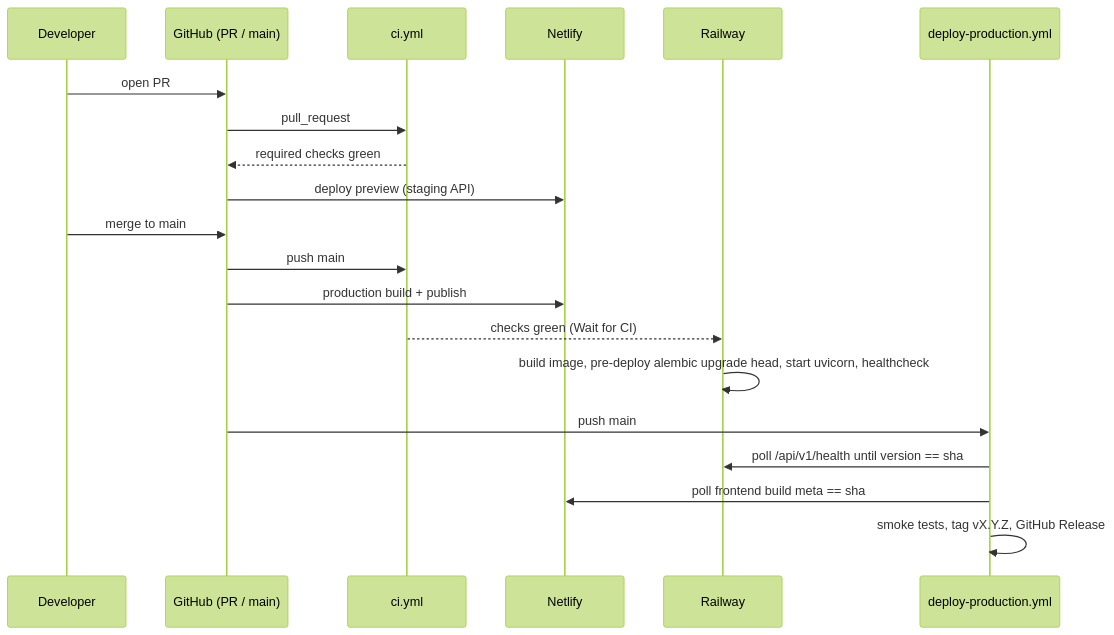
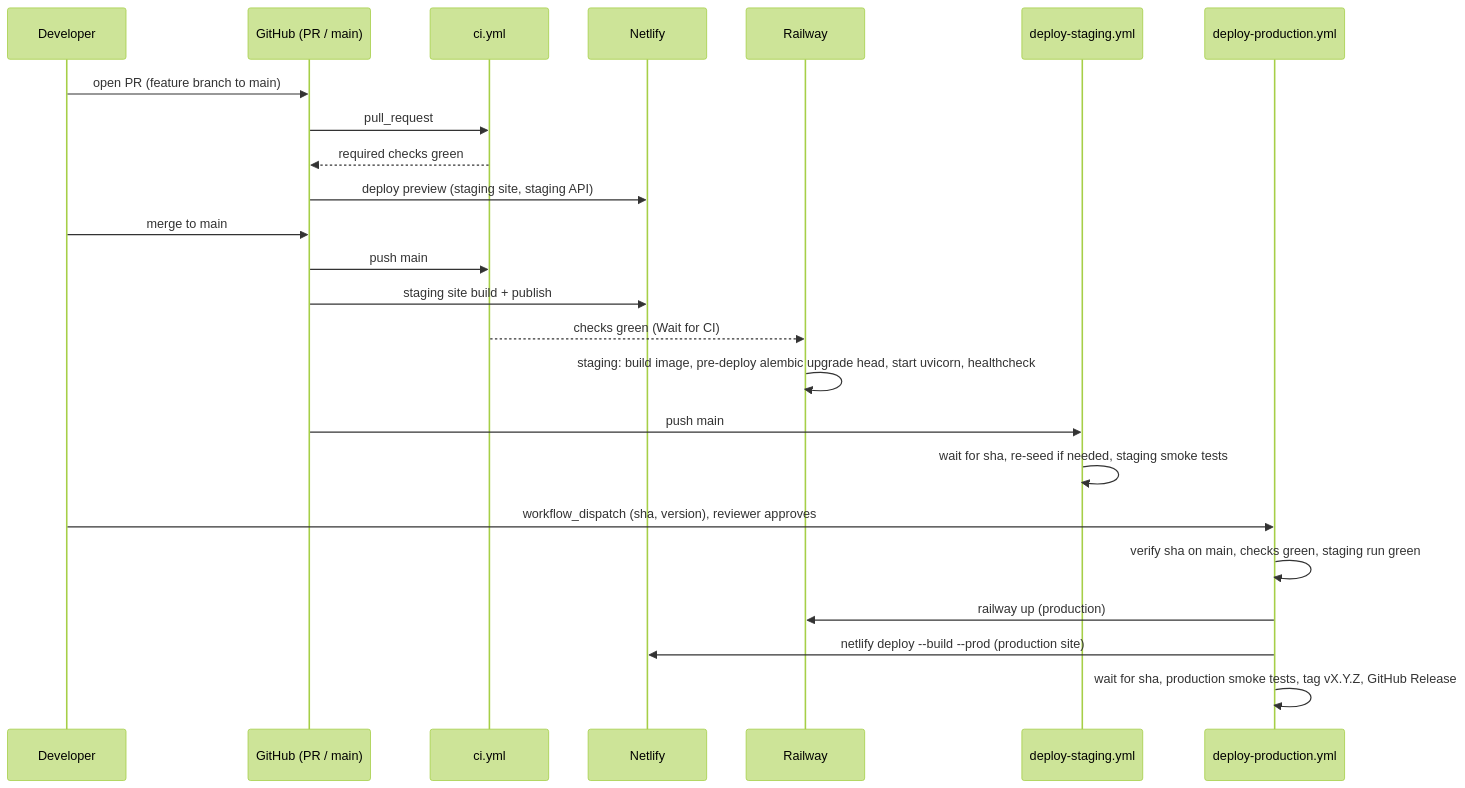
One commit to EchoWellApp/echowell changed the diagram in specs/TRD/16_CI_CD_Pipeline_Spec.md. Above: the diagram before and after it, drawn with Mermaid (forest theme). The commit also changed other lines of this file and 53 other files, not shown here.

````diff
--- a/specs/TRD/16_CI_CD_Pipeline_Spec.md
+++ b/specs/TRD/16_CI_CD_Pipeline_Spec.md
@@ -69,22 +77,26 @@
 ```mermaid
 sequenceDiagram
   participant Dev as Developer
   participant GH as GitHub (PR / main)
   participant CI as ci.yml
   participant NF as Netlify
   participant RW as Railway
+  participant DS as deploy-staging.yml
   participant DV as deploy-production.yml
-  Dev->>GH: open PR
+  Dev->>GH: open PR (feature branch to main)
   GH->>CI: pull_request
   CI-->>GH: required checks green
-  GH->>NF: deploy preview (staging API)
+  GH->>NF: deploy preview (staging site, staging API)
   Dev->>GH: merge to main
   GH->>CI: push main
-  GH->>NF: production build + publish
+  GH->>NF: staging site build + publish
   CI-->>RW: checks green (Wait for CI)
-  RW->>RW: build image, pre-deploy alembic upgrade head, start uvicorn, healthcheck
-  GH->>DV: push main
-  DV->>RW: poll /api/v1/health until version == sha
-  DV->>NF: poll frontend build meta == sha
-  DV->>DV: smoke tests, tag vX.Y.Z, GitHub Release
+  RW->>RW: staging: build image, pre-deploy alembic upgrade head, start uvicorn, healthcheck
+  GH->>DS: push main
+  DS->>DS: wait for sha, re-seed if needed, staging smoke tests
+  Dev->>DV: workflow_dispatch (sha, version), reviewer approves
+  DV->>DV: verify sha on main, checks green, staging run green
+  DV->>RW: railway up (production)
+  DV->>NF: netlify deploy --build --prod (production site)
+  DV->>DV: wait for sha, production smoke tests, tag vX.Y.Z, GitHub Release
 ```
````
